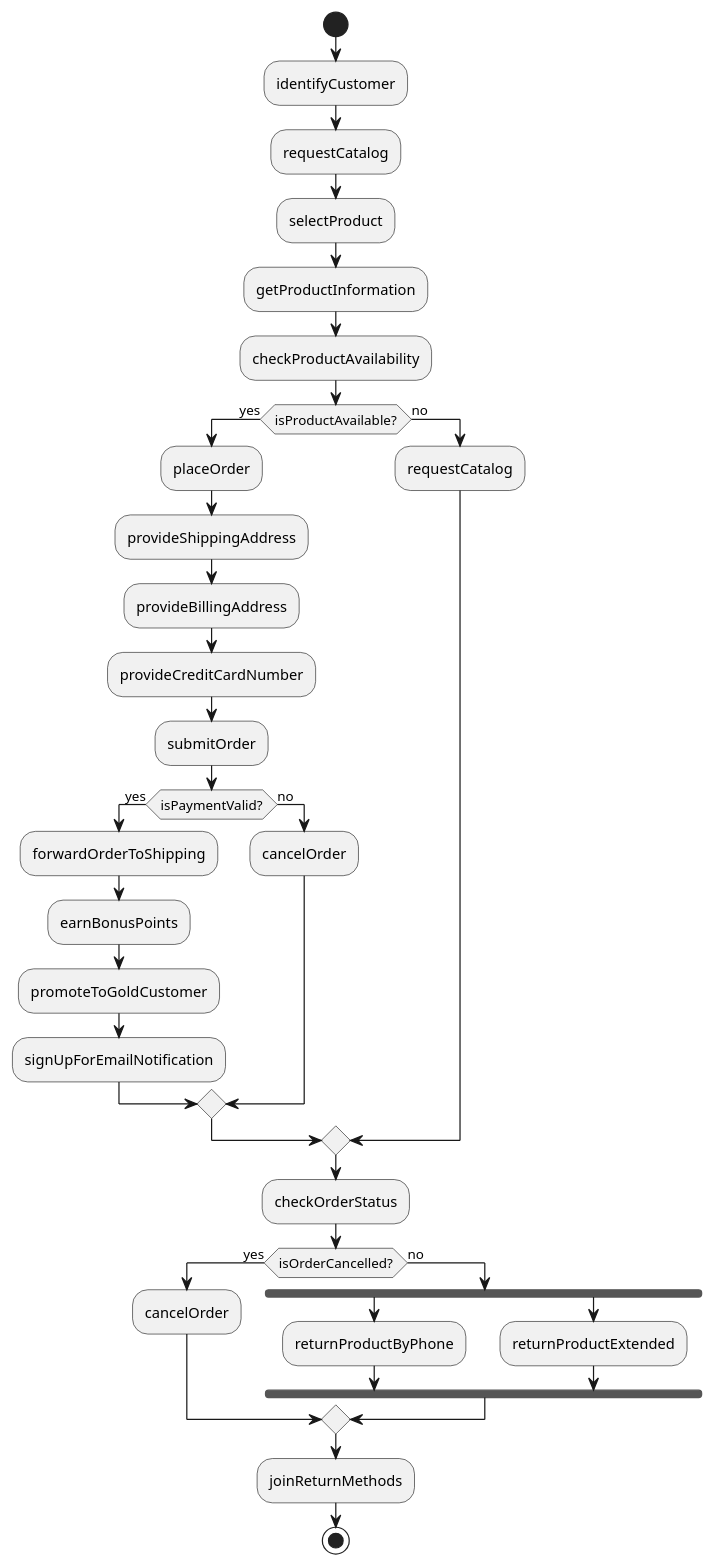
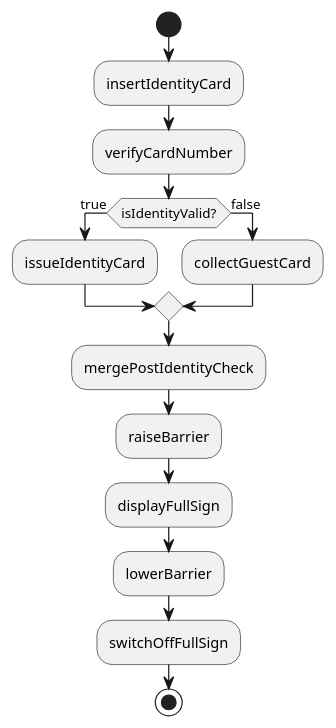
Before and after one commit to vrajkmrpatel/minor-project: the diagram in LANGCHAIN/evaluateActivity/approach1.puml, drawn with PlantUML. The commit also changed 15 other files, not shown here.

```diff
--- a/LANGCHAIN/evaluateActivity/approach1.puml
+++ b/LANGCHAIN/evaluateActivity/approach1.puml
@@ -1,44 +1,18 @@
 @startuml
 start
 
-:identifyCustomer;
-:requestCatalog;
-:selectProduct;
-:getProductInformation;
-:checkProductAvailability;
-
-if (isProductAvailable?) then (yes)
-    :placeOrder;
-    :provideShippingAddress;
-    :provideBillingAddress;
-    :provideCreditCardNumber;
-    :submitOrder;
-    if (isPaymentValid?) then (yes)
-        :forwardOrderToShipping;
-        :earnBonusPoints;
-        :promoteToGoldCustomer;
-        :signUpForEmailNotification;
-    else (no)
-        :cancelOrder;
-    endif
-    
-else (no)
-    :requestCatalog;
+:insertIdentityCard;
+:verifyCardNumber;
+if (isIdentityValid?) then (true)
+    :issueIdentityCard;
+else (false)
+    :collectGuestCard;
 endif
-
-:checkOrderStatus;
-if (isOrderCancelled?) then (yes)
-    :cancelOrder;
-else (no)
-    fork
-        :returnProductByPhone;
-    fork again
-        :returnProductExtended;
-    end fork
-endif
-
-:joinReturnMethods;
-
+:mergePostIdentityCheck;
+:raiseBarrier;
+:displayFullSign;
+:lowerBarrier;
+:switchOffFullSign;
 
 stop
 @enduml
```
